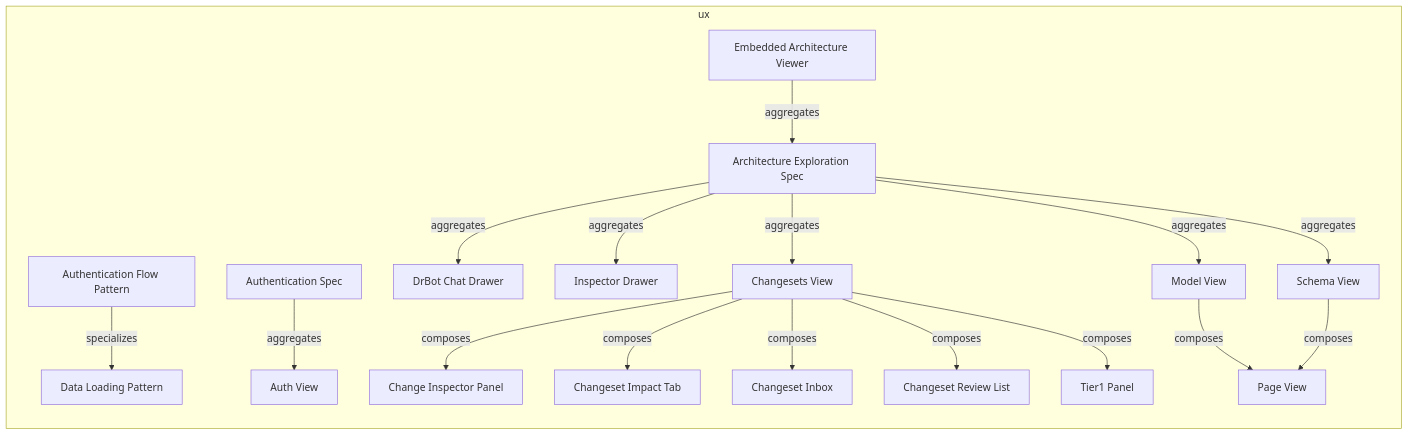
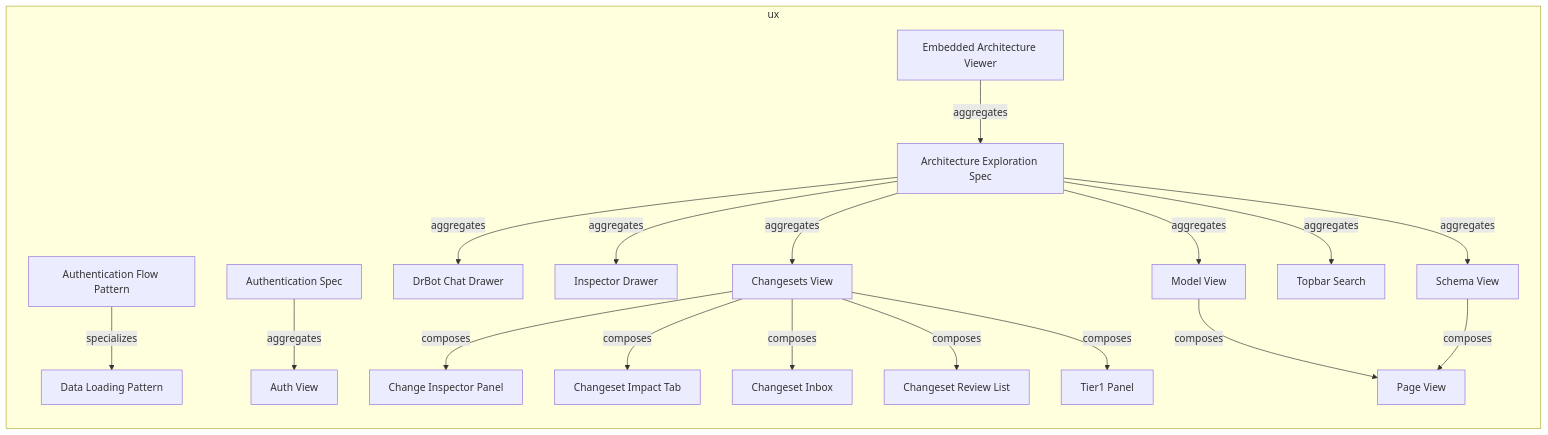
The first of 2 diagrams in documentation-robotics/reports/10-ux-layer-report.md (tinkermonkey/documentation_robotics_viewer), drawn with Mermaid before and after one commit. The commit also changed other lines of this file and 27 other files, not shown here.

First line of the commit message:
feat(topbar): type-ahead search over elements and Schema node types

````diff
--- a/documentation-robotics/reports/10-ux-layer-report.md
+++ b/documentation-robotics/reports/10-ux-layer-report.md
@@ -32,37 +32,39 @@
 ```mermaid
 flowchart LR
   subgraph ux
     ux_statepattern_authentication_flow_pattern["Authentication Flow Pattern"]
     ux_statepattern_data_loading_pattern["Data Loading Pattern"]
     ux_subview_change_inspector_panel["Change Inspector Panel"]
     ux_subview_changeset_impact_tab["Changeset Impact Tab"]
     ux_subview_changeset_inbox["Changeset Inbox"]
     ux_subview_changeset_review_list["Changeset Review List"]
     ux_subview_page_view["Page View"]
     ux_subview_tier1_panel["Tier1 Panel"]
     ux_uxapplication_embedded_architecture_viewer["Embedded Architecture Viewer"]
     ux_uxspec_architecture_exploration_spec["Architecture Exploration Spec"]
     ux_uxspec_authentication_spec["Authentication Spec"]
     ux_view_auth_view["Auth View"]
     ux_view_changesets_view["Changesets View"]
     ux_view_dr_bot_chat_drawer["DrBot Chat Drawer"]
     ux_view_inspector_drawer["Inspector Drawer"]
     ux_view_model_view["Model View"]
     ux_view_schema_view["Schema View"]
+    ux_view_topbar_search["Topbar Search"]
     ux_statepattern_authentication_flow_pattern -->|specializes| ux_statepattern_data_loading_pattern
     ux_uxapplication_embedded_architecture_viewer -->|aggregates| ux_uxspec_architecture_exploration_spec
     ux_uxspec_architecture_exploration_spec -->|aggregates| ux_view_changesets_view
     ux_uxspec_architecture_exploration_spec -->|aggregates| ux_view_dr_bot_chat_drawer
     ux_uxspec_architecture_exploration_spec -->|aggregates| ux_view_inspector_drawer
     ux_uxspec_architecture_exploration_spec -->|aggregates| ux_view_model_view
     ux_uxspec_architecture_exploration_spec -->|aggregates| ux_view_schema_view
+    ux_uxspec_architecture_exploration_spec -->|aggregates| ux_view_topbar_search
     ux_uxspec_authentication_spec -->|aggregates| ux_view_auth_view
     ux_view_changesets_view -->|composes| ux_subview_change_inspector_panel
     ux_view_changesets_view -->|composes| ux_subview_changeset_impact_tab
     ux_view_changesets_view -->|composes| ux_subview_changeset_inbox
     ux_view_changesets_view -->|composes| ux_subview_changeset_review_list
     ux_view_changesets_view -->|composes| ux_subview_tier1_panel
     ux_view_model_view -->|composes| ux_subview_page_view
     ux_view_schema_view -->|composes| ux_subview_page_view
   end
 ```
````
